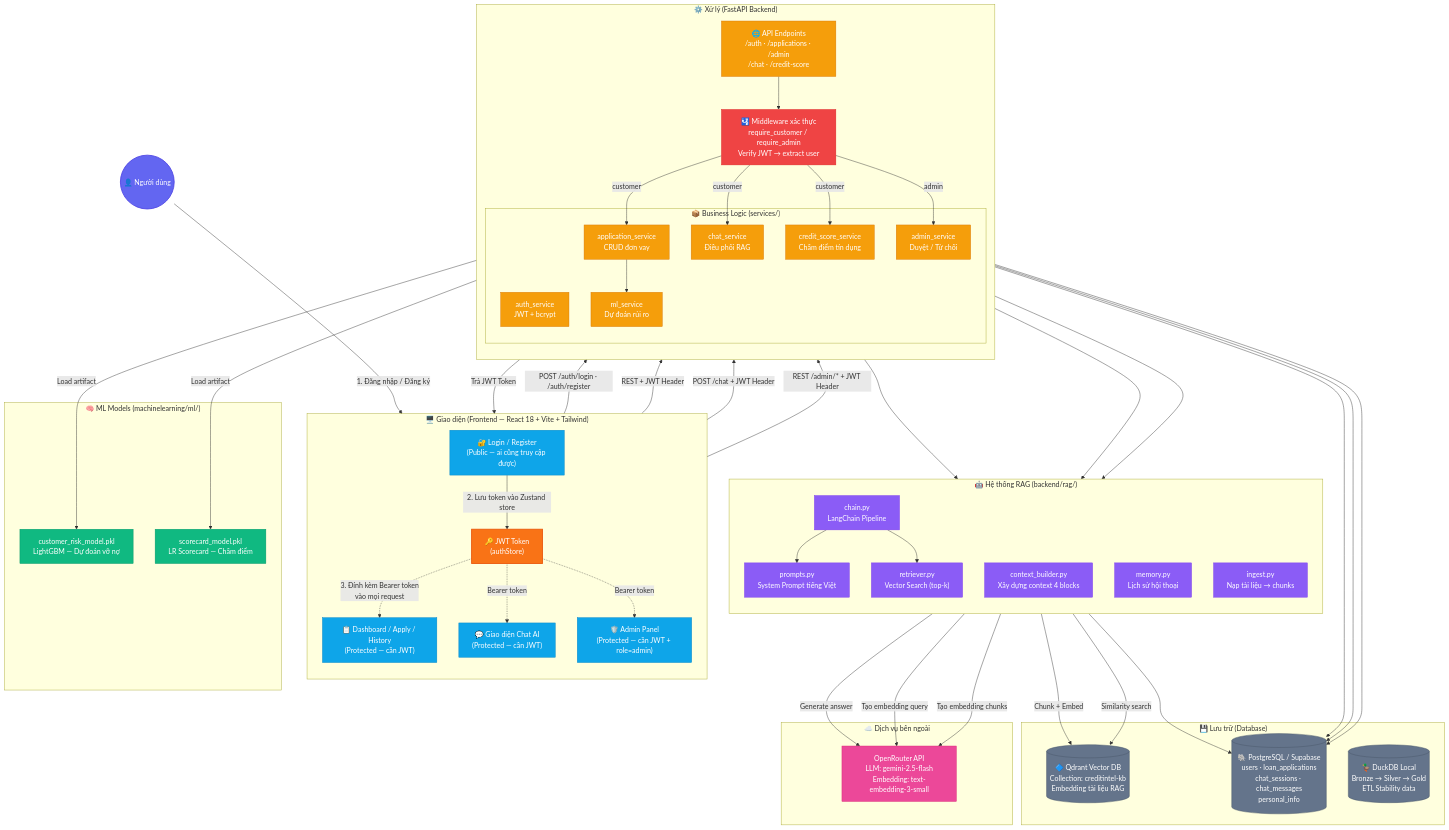
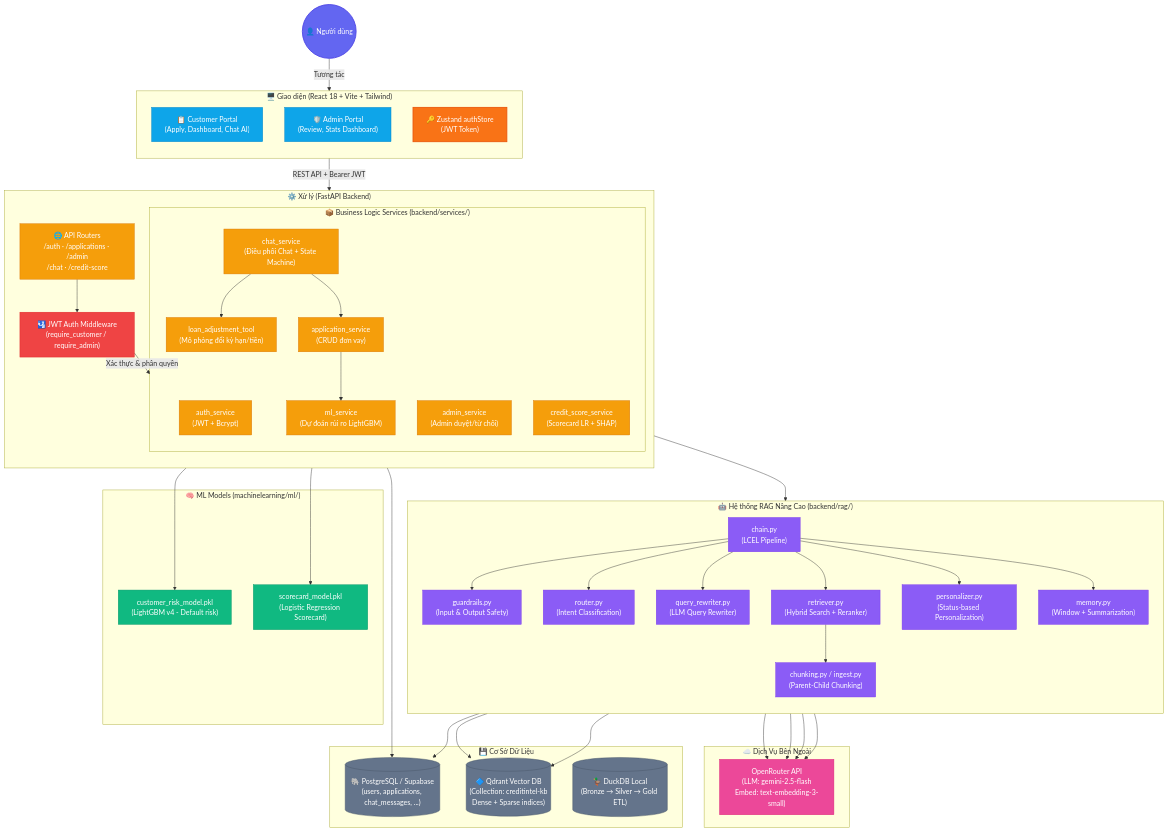
The first of 3 diagrams in README.md (VTD0102/Loan_ETL), drawn with Mermaid before and after one commit. The commit also changed other lines of this file and 1 other file, not shown here.

Commit message:
update document

````diff
--- a/README.md
+++ b/README.md
@@ -10,103 +8,93 @@
 ```mermaid
 graph TB
-    %% ====== NGƯỜI DÙNG ======
-    User(("👤 Người dùng"))
-
-    User -->|"1. Đăng nhập / Đăng ký"| FE_AUTH
-    FE_AUTH -->|"POST /auth/login · /auth/register"| AUTH_SVC
-    AUTH_SVC -->|"Trả JWT Token"| FE_AUTH
-    FE_AUTH -->|"2. Lưu token vào Zustand store"| TOKEN["🔑 JWT Token<br/>(authStore)"]
-
-    %% ====== GIAO DIỆN - FRONTEND ======
-    subgraph FRONTEND["🖥️ Giao diện (Frontend — React 18 + Vite + Tailwind)"]
+    %% ====== USER & FRONTEND ======
+    User(("👤 Người dùng")) -->|"Tương tác"| FE
+    
+    subgraph FE["🖥️ Giao diện (React 18 + Vite + Tailwind)"]
         direction TB
-        FE_AUTH["🔐 Login / Register<br/>(Public — ai cũng truy cập được)"]
-        TOKEN
-        FE_APP["📋 Dashboard / Apply / History<br/>(Protected — cần JWT)"]
-        FE_CHAT["💬 Giao diện Chat AI<br/>(Protected — cần JWT)"]
-        FE_ADMIN["🛡️ Admin Panel<br/>(Protected — cần JWT + role=admin)"]
+        PortalC["📋 Customer Portal<br/>(Apply, Dashboard, Chat AI)"]
+        PortalA["🛡️ Admin Portal<br/>(Review, Stats Dashboard)"]
+        Zustand["🔑 Zustand authStore<br/>(JWT Token)"]
     end
-
-    TOKEN -.->|"3. Đính kèm Bearer token<br/>vào mọi request"| FE_APP
-    TOKEN -.->|"Bearer token"| FE_CHAT
-    TOKEN -.->|"Bearer token"| FE_ADMIN
-
-    FE_APP   -->|"REST + JWT Header"| API
-    FE_CHAT  -->|"POST /chat + JWT Header"| API
-    FE_ADMIN -->|"REST /admin/* + JWT Header"| API
-
-    %% ====== XỬ LÝ - BACKEND ======
-    subgraph BACKEND["⚙️ Xử lý (FastAPI Backend)"]
+    
+    FE -->|"REST API + Bearer JWT"| API
+    
+    %% ====== BACKEND FASTAPI ======
+    subgraph BE["⚙️ Xử lý (FastAPI Backend)"]
         direction TB
-        API["🌐 API Endpoints<br/>/auth · /applications · /admin<br/>/chat · /credit-score"]
-        GUARD["🛂 Middleware xác thực<br/>require_customer / require_admin<br/>Verify JWT → extract user"]
-
-        API --> GUARD
-
-        subgraph SERVICES["📦 Business Logic (services/)"]
-            AUTH_SVC["auth_service<br/>JWT + bcrypt"]
-            APP_SVC["application_service<br/>CRUD đơn vay"]
-            ADMIN_SVC["admin_service<br/>Duyệt / Từ chối"]
-            ML_SVC["ml_service<br/>Dự đoán rủi ro"]
-            CREDIT_SVC["credit_score_service<br/>Chấm điểm tín dụng"]
-            CHAT_SVC["chat_service<br/>Điều phối RAG"]
+        API["🌐 API Routers<br/>/auth · /applications · /admin<br/>/chat · /credit-score"]
+        Guard["🛂 JWT Auth Middleware<br/>(require_customer / require_admin)"]
+        
+        API --> Guard
+        
+        subgraph SVC["📦 Business Logic Services (backend/services/)"]
+            AUTH_SVC["auth_service<br/>(JWT + Bcrypt)"]
+            APP_SVC["application_service<br/>(CRUD đơn vay)"]
+            ADMIN_SVC["admin_service<br/>(Admin duyệt/từ chối)"]
+            ML_SVC["ml_service<br/>(Dự đoán rủi ro LightGBM)"]
+            CS_SVC["credit_score_service<br/>(Scorecard LR + SHAP)"]
+            CHAT_SVC["chat_service<br/>(Điều phối Chat + State Machine)"]
+            ADJ_TOOL["loan_adjustment_tool<br/>(Mô phỏng đổi kỳ hạn/tiền)"]
         end
-
-        GUARD -->|"customer"| APP_SVC
-        GUARD -->|"customer"| CHAT_SVC
-        GUARD -->|"customer"| CREDIT_SVC
-        GUARD -->|"admin"| ADMIN_SVC
+        
+        Guard -->|"Xác thực & phân quyền"| SVC
+        CHAT_SVC --> ADJ_TOOL
+        CHAT_SVC --> APP_SVC
         APP_SVC --> ML_SVC
     end
+    
+    %% ====== RAG MODULE ======
+    subgraph RAG["🤖 Hệ thống RAG Nâng Cao (backend/rag/)"]
+        direction TB
+        RAG_CHAIN["chain.py<br/>(LCEL Pipeline)"]
+        RAG_GUARD["guardrails.py<br/>(Input & Output Safety)"]
+        RAG_ROUTER["router.py<br/>(Intent Classification)"]
+        RAG_REWRITE["query_rewriter.py<br/>(LLM Query Rewriter)"]
+        RAG_RET["retriever.py<br/>(Hybrid Search + Reranker)"]
+        RAG_PERS["personalizer.py<br/>(Status-based Personalization)"]
+        RAG_MEM["memory.py<br/>(Window + Summarization)"]
+        RAG_CHUNK["chunking.py / ingest.py<br/>(Parent-Child Chunking)"]
+    end
+    
+    CHAT_SVC --> RAG_CHAIN
+    RAG_CHAIN --> RAG_GUARD
+    RAG_CHAIN --> RAG_ROUTER
+    RAG_CHAIN --> RAG_REWRITE
+    RAG_CHAIN --> RAG_RET
+    RAG_CHAIN --> RAG_PERS
+    RAG_CHAIN --> RAG_MEM
+    RAG_RET --> RAG_CHUNK
+    
+    %% ====== ML TRAINING ======
+    subgraph ML_MODELS["🧠 ML Models (machinelearning/ml/)"]
+        LGBM["customer_risk_model.pkl<br/>(LightGBM v4 - Default risk)"]
+        SCORECARD["scorecard_model.pkl<br/>(Logistic Regression Scorecard)"]
+    end
+    
+    ML_SVC --> LGBM
+    CS_SVC --> SCORECARD
 
-    %% ====== HỆ THỐNG RAG ======
-    subgraph RAG["🤖 Hệ thống RAG (backend/rag/)"]
-        direction TB
-        CHAIN["chain.py<br/>LangChain Pipeline"]
-        CTX["context_builder.py<br/>Xây dựng context 4 blocks"]
-        RETRIEVER["retriever.py<br/>Vector Search (top-k)"]
-        MEMORY["memory.py<br/>Lịch sử hội thoại"]
-        PROMPTS["prompts.py<br/>System Prompt tiếng Việt"]
-        INGEST["ingest.py<br/>Nạp tài liệu → chunks"]
+    %% ====== STORAGE ======
+    subgraph STORAGE["💾 Cơ Sở Dữ Liệu"]
+        DB_PG[("🐘 PostgreSQL / Supabase<br/>(users, applications, chat_messages, ...)")]
+        DB_QD[("🔷 Qdrant Vector DB<br/>(Collection: creditintel-kb<br/>Dense + Sparse indices)")]
+        DB_DK[("🦆 DuckDB Local<br/>(Bronze → Silver → Gold ETL)")]
     end
-
-    CHAT_SVC --> CTX
-    CHAT_SVC --> CHAIN
-    CHAT_SVC --> MEMORY
-    CHAIN --> PROMPTS
-    CHAIN --> RETRIEVER
-    INGEST -->|"Chunk + Embed"| QDRANT
-
-    %% ====== ML MODELS ======
-    subgraph ML_MODELS["🧠 ML Models (machinelearning/ml/)"]
-        RISK_MODEL["customer_risk_model.pkl<br/>LightGBM — Dự đoán vỡ nợ"]
-        SCORECARD["scorecard_model.pkl<br/>LR Scorecard — Chấm điểm"]
+    
+    SVC --> DB_PG
+    RAG_MEM --> DB_PG
+    RAG_CHUNK --> DB_QD
+    RAG_RET --> DB_QD
+    
+    %% ====== EXTERNAL ======
+    subgraph EXT["☁️ Dịch Vụ Bên Ngoài"]
+        OR["OpenRouter API<br/>(LLM: gemini-2.5-flash<br/>Embed: text-embedding-3-small)"]
     end
-
-    ML_SVC -->|"Load artifact"| RISK_MODEL
-    CREDIT_SVC -->|"Load artifact"| SCORECARD
-
-    %% ====== LƯU TRỮ ======
-    subgraph STORAGE["💾 Lưu trữ (Database)"]
-        POSTGRES[("🐘 PostgreSQL / Supabase<br/>users · loan_applications<br/>chat_sessions · chat_messages<br/>personal_info")]
-        QDRANT[("🔷 Qdrant Vector DB<br/>Collection: creditintel-kb<br/>Embedding tài liệu RAG")]
-        DUCKDB[("🦆 DuckDB Local<br/>Bronze → Silver → Gold<br/>ETL Stability data")]
-    end
-
-    AUTH_SVC --> POSTGRES
-    APP_SVC --> POSTGRES
-    ADMIN_SVC --> POSTGRES
-    MEMORY --> POSTGRES
-    RETRIEVER -->|"Similarity search"| QDRANT
-
-    %% ====== DỊCH VỤ BÊN NGOÀI ======
-    subgraph EXTERNAL["☁️ Dịch vụ bên ngoài"]
-        OPENROUTER["OpenRouter API<br/>LLM: gemini-2.5-flash<br/>Embedding: text-embedding-3-small"]
-    end
-
-    CHAIN -->|"Generate answer"| OPENROUTER
-    RETRIEVER -->|"Tạo embedding query"| OPENROUTER
-    INGEST -->|"Tạo embedding chunks"| OPENROUTER
+    
+    RAG_CHAIN --> OR
+    RAG_REWRITE --> OR
+    RAG_MEM --> OR
+    RAG_RET --> OR
 
     %% ====== STYLING ======
     classDef user fill:#6366f1,stroke:#4f46e5,color:#fff,stroke-width:2px
@@ -120,12 +108,12 @@
     classDef guard fill:#ef4444,stroke:#dc2626,color:#fff
 
     class User user
-    class FE_AUTH,FE_APP,FE_CHAT,FE_ADMIN frontend
-    class TOKEN token
-    class API,AUTH_SVC,APP_SVC,ADMIN_SVC,ML_SVC,CREDIT_SVC,CHAT_SVC backend
-    class GUARD guard
-    class CHAIN,CTX,RETRIEVER,MEMORY,PROMPTS,INGEST rag
-    class RISK_MODEL,SCORECARD ml
-    class POSTGRES,QDRANT,DUCKDB storage
-    class OPENROUTER external
+    class PortalC,PortalA frontend
+    class Zustand token
+    class API,AUTH_SVC,APP_SVC,ADMIN_SVC,ML_SVC,CS_SVC,CHAT_SVC,ADJ_TOOL backend
+    class Guard guard
+    class RAG_CHAIN,RAG_GUARD,RAG_ROUTER,RAG_REWRITE,RAG_RET,RAG_PERS,RAG_MEM,RAG_CHUNK rag
+    class LGBM,SCORECARD ml
+    class DB_PG,DB_QD,DB_DK storage
+    class OR external
 ```
````
